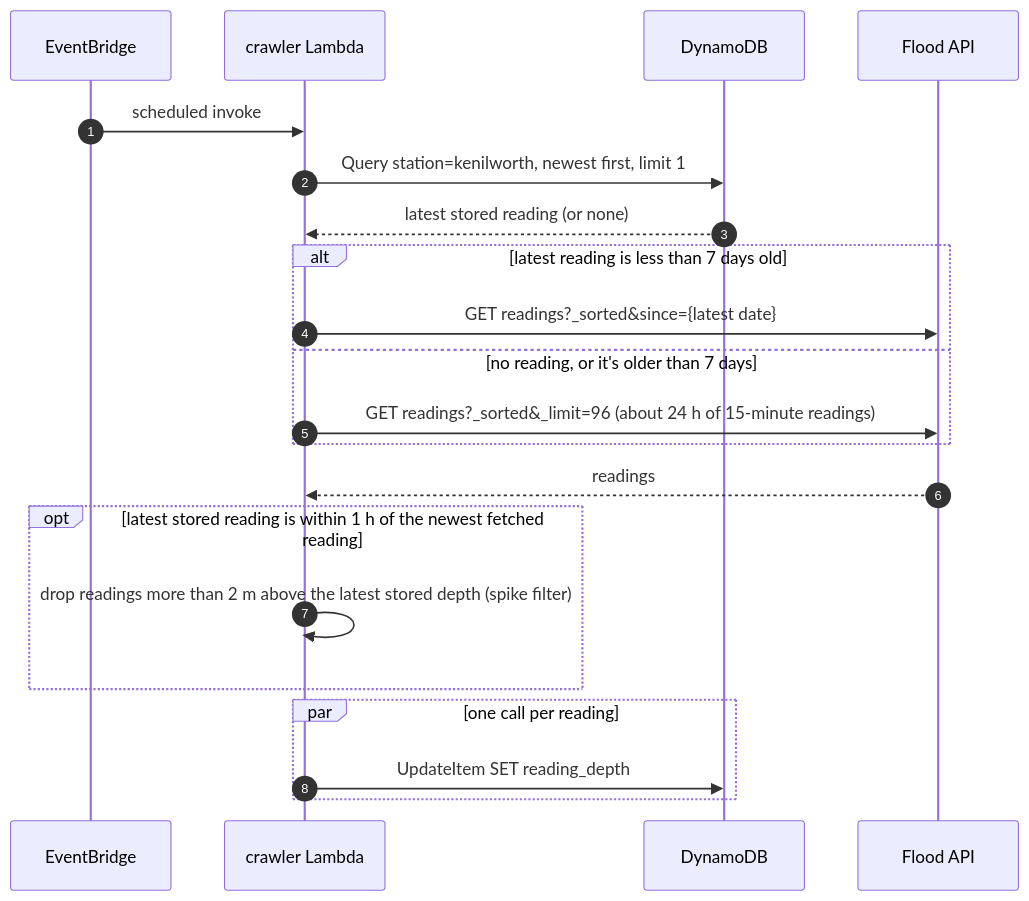
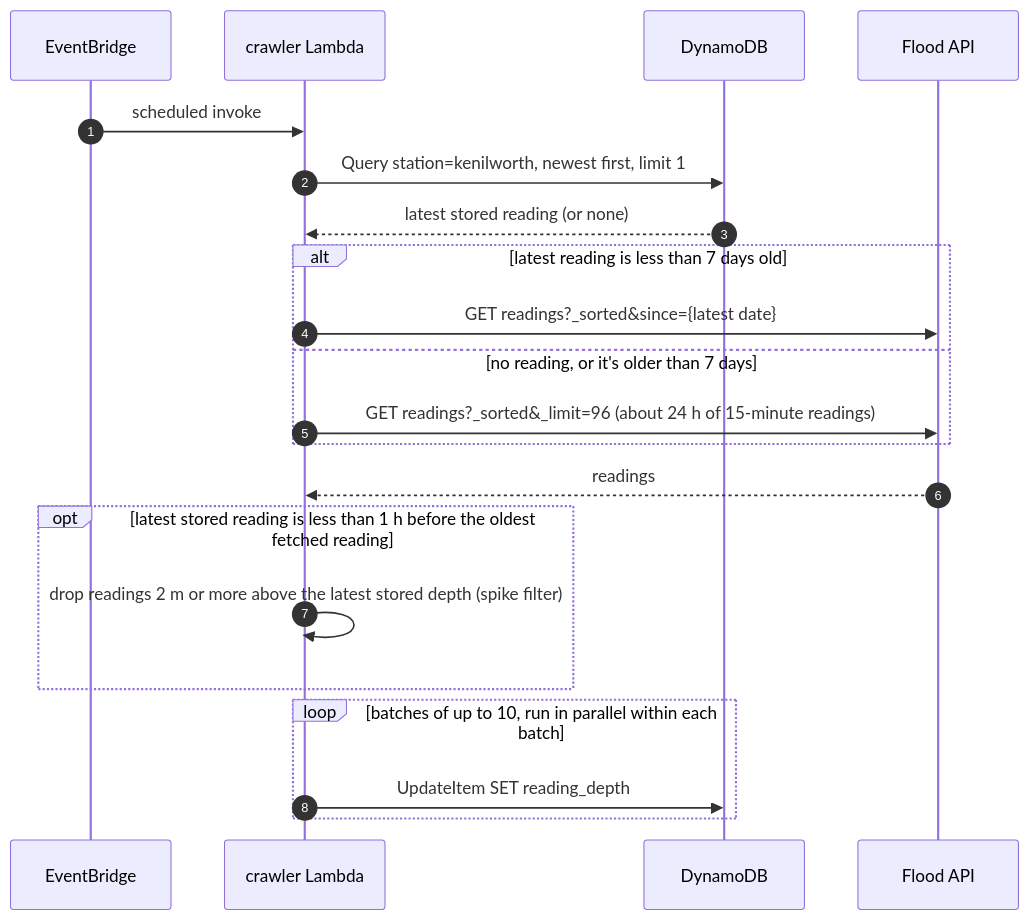
One commit to daveshepherd/river-levels changed the second of 4 diagrams in docs/infrastructure.md. Above: the diagram before and after it, drawn with Mermaid. The commit also changed other lines of this file and 26 other files, not shown here.

````diff
--- a/docs/infrastructure.md
+++ b/docs/infrastructure.md
@@ -57,24 +57,24 @@
 ```mermaid
 sequenceDiagram
   autonumber
   participant EB as EventBridge
   participant C as crawler Lambda
   participant DB as DynamoDB
   participant EA as Flood API
 
   EB->>C: scheduled invoke
   C->>DB: Query station=kenilworth, newest first, limit 1
   DB-->>C: latest stored reading (or none)
   alt latest reading is less than 7 days old
     C->>EA: GET readings?_sorted&since={latest date}
   else no reading, or it's older than 7 days
     C->>EA: GET readings?_sorted&_limit=96 (about 24 h of 15-minute readings)
   end
   EA-->>C: readings
-  opt latest stored reading is within 1 h of the newest fetched reading
-    C->>C: drop readings more than 2 m above the latest stored depth (spike filter)
+  opt latest stored reading is less than 1 h before the oldest fetched reading
+    C->>C: drop readings 2 m or more above the latest stored depth (spike filter)
   end
-  par one call per reading
+  loop batches of up to 10, run in parallel within each batch
     C->>DB: UpdateItem SET reading_depth
   end
 ```
````
